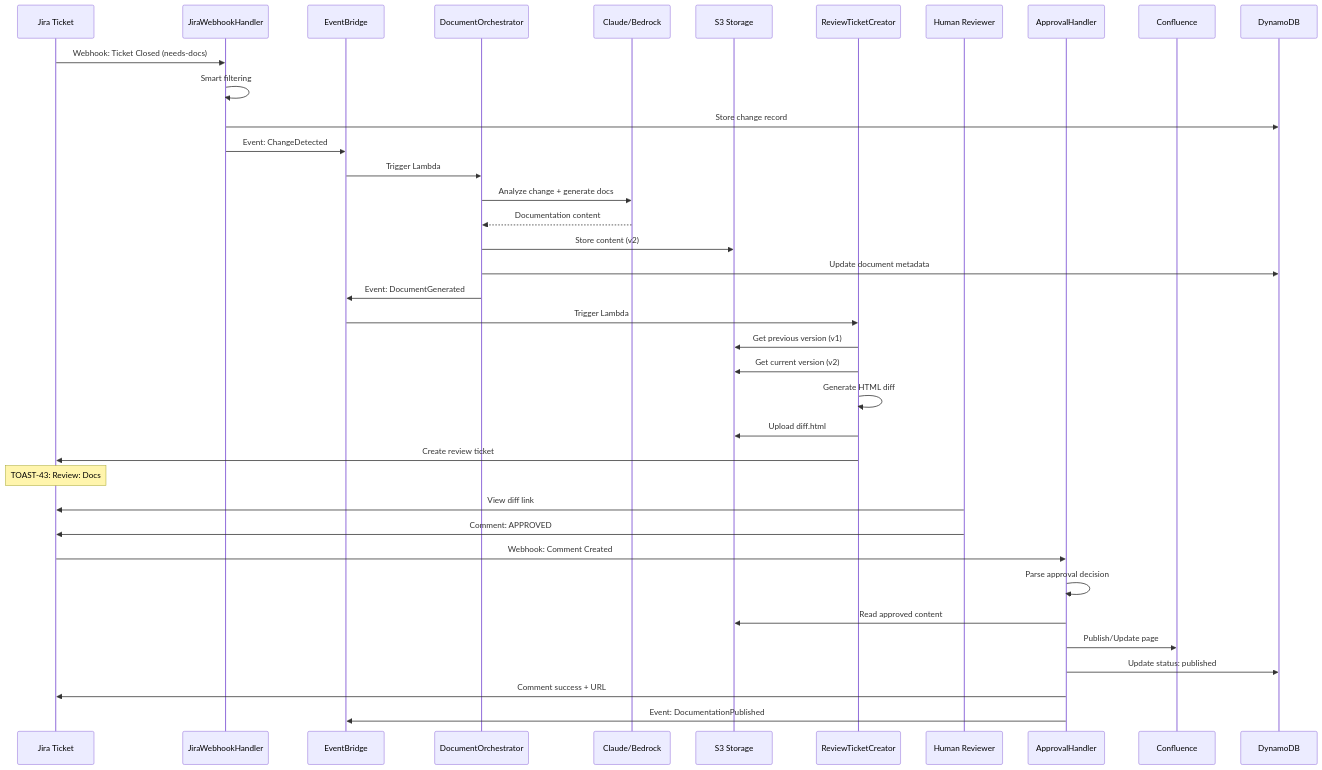
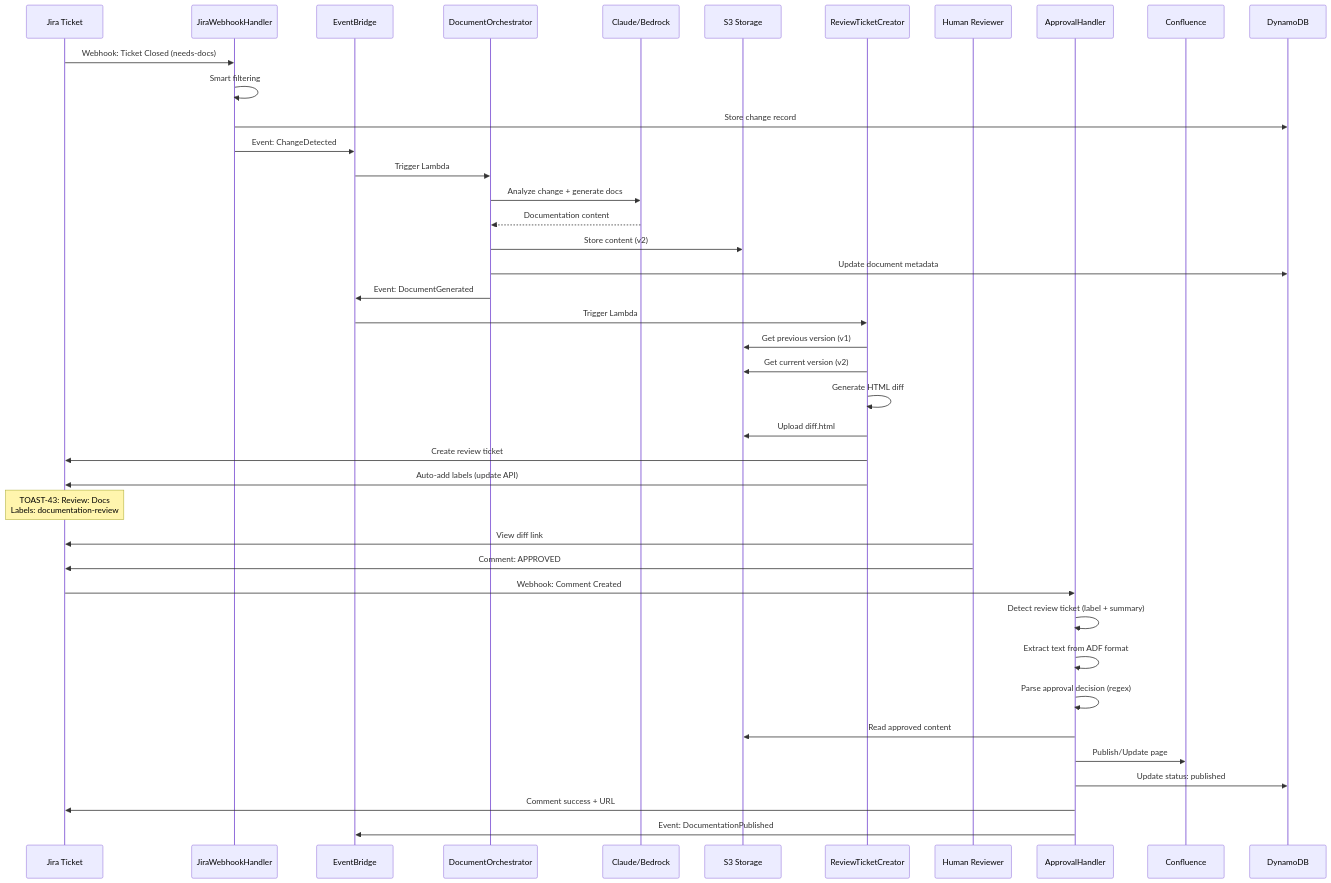
The second of 3 diagrams in docs/architecture.md (jaredgiosinuff/kinexus-ai), drawn with Mermaid before and after one commit. The commit also changed other lines of this file and 5 other files, not shown here.

````diff
--- a/docs/architecture.md
+++ b/docs/architecture.md
@@ -146,44 +156,47 @@
 ```mermaid
 sequenceDiagram
     participant Jira as Jira Ticket
     participant WH as JiraWebhookHandler
     participant EB as EventBridge
     participant Orch as DocumentOrchestrator
     participant Bedrock as Claude/Bedrock
     participant S3 as S3 Storage
     participant Rev as ReviewTicketCreator
     participant Human as Human Reviewer
     participant App as ApprovalHandler
     participant Conf as Confluence
 
     Jira->>WH: Webhook: Ticket Closed (needs-docs)
     WH->>WH: Smart filtering
     WH->>DynamoDB: Store change record
     WH->>EB: Event: ChangeDetected
     EB->>Orch: Trigger Lambda
 
     Orch->>Bedrock: Analyze change + generate docs
     Bedrock-->>Orch: Documentation content
     Orch->>S3: Store content (v2)
     Orch->>DynamoDB: Update document metadata
     Orch->>EB: Event: DocumentGenerated
 
     EB->>Rev: Trigger Lambda
     Rev->>S3: Get previous version (v1)
     Rev->>S3: Get current version (v2)
     Rev->>Rev: Generate HTML diff
     Rev->>S3: Upload diff.html
     Rev->>Jira: Create review ticket
-    Note over Jira: TOAST-43: Review: Docs
+    Rev->>Jira: Auto-add labels (update API)
+    Note over Jira: TOAST-43: Review: Docs<br/>Labels: documentation-review
 
     Human->>Jira: View diff link
     Human->>Jira: Comment: APPROVED
 
     Jira->>App: Webhook: Comment Created
-    App->>App: Parse approval decision
+    App->>App: Detect review ticket (label + summary)
+    App->>App: Extract text from ADF format
+    App->>App: Parse approval decision (regex)
     App->>S3: Read approved content
     App->>Conf: Publish/Update page
     App->>DynamoDB: Update status: published
     App->>Jira: Comment success + URL
     App->>EB: Event: DocumentationPublished
 ```
````
